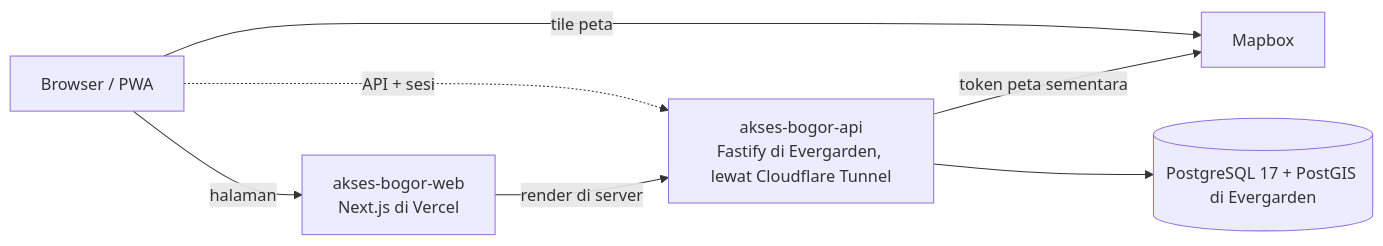
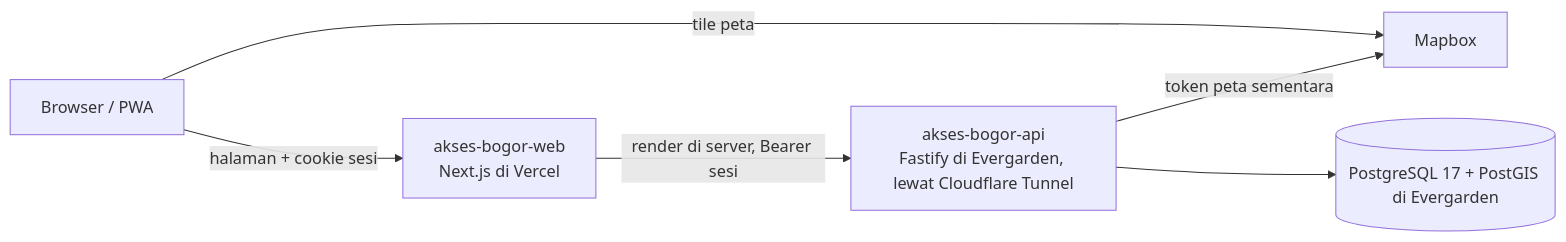
The diagram in docs/arsitektur.md (al-dioooo/akses-bogor-web), drawn with Mermaid before and after one commit. The commit also changed other lines of this file and 14 other files, not shown here.

First line of the commit message:
feat(akun): add the session cookie, the account api client, and component tests (#48) (#49)

````diff
--- a/docs/arsitektur.md
+++ b/docs/arsitektur.md
@@ -5,9 +5,8 @@
 ```mermaid
 flowchart LR
-  B[Browser / PWA] -->|halaman| W[akses-bogor-web<br/>Next.js di Vercel]
-  B -.->|API + sesi| F[akses-bogor-api<br/>Fastify di Evergarden, lewat Cloudflare Tunnel]
-  W -->|render di server| F
+  B[Browser / PWA] -->|halaman + cookie sesi| W[akses-bogor-web<br/>Next.js di Vercel]
+  W -->|render di server, Bearer sesi| F[akses-bogor-api<br/>Fastify di Evergarden, lewat Cloudflare Tunnel]
   B -->|tile peta| M[Mapbox]
   F -->|token peta sementara| M
   F --> DB[(PostgreSQL 17 + PostGIS di Evergarden)]
 ```
````
